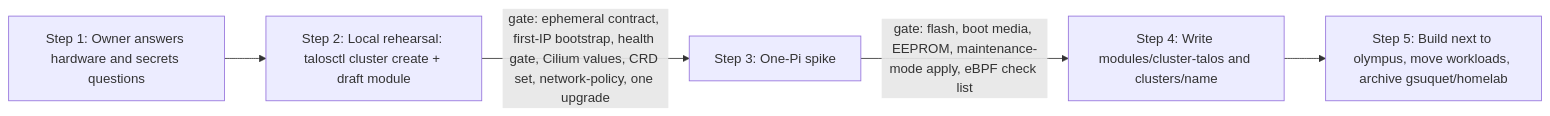
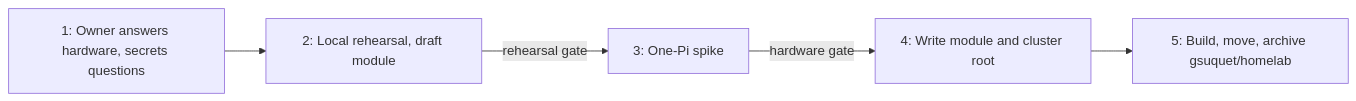
Before and after one commit to gsuquet/infra: the second of 2 diagrams in docs/rfc/0025-talos-raspberry-pi.md, drawn with Mermaid. The commit also changed other lines of this file and 11 other files, not shown here.

First line of the commit message:
docs(rfc): split RFC 0025 into research pages and set it to draft

````diff
--- a/docs/rfc/0025-talos-raspberry-pi.md
+++ b/docs/rfc/0025-talos-raspberry-pi.md
@@ -502,7 +148,7 @@
 ```mermaid
 flowchart LR
-  s1["Step 1: Owner answers hardware and secrets questions"] --> s2["Step 2: Local rehearsal: talosctl cluster create + draft module"]
-  s2 -- "gate: ephemeral contract, first-IP bootstrap, health gate, Cilium values, CRD set, network-policy, one upgrade" --> s3["Step 3: One-Pi spike"]
-  s3 -- "gate: flash, boot media, EEPROM, maintenance-mode apply, eBPF check list" --> s4["Step 4: Write modules/cluster-talos and clusters/name"]
-  s4 --> s5["Step 5: Build next to olympus, move workloads, archive gsuquet/homelab"]
+  s1["1: Owner answers hardware, secrets questions"] --> s2["2: Local rehearsal, draft module"]
+  s2 -->|rehearsal gate| s3["3: One-Pi spike"]
+  s3 -->|hardware gate| s4["4: Write module and cluster root"]
+  s4 --> s5["5: Build, move, archive gsuquet/homelab"]
 ```
````
